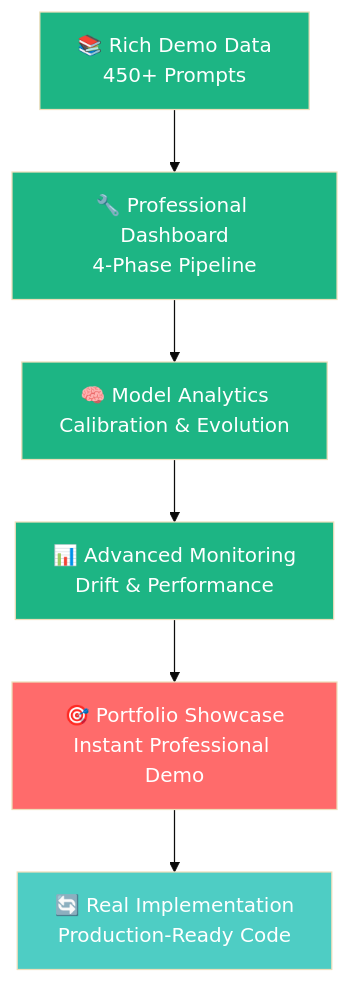
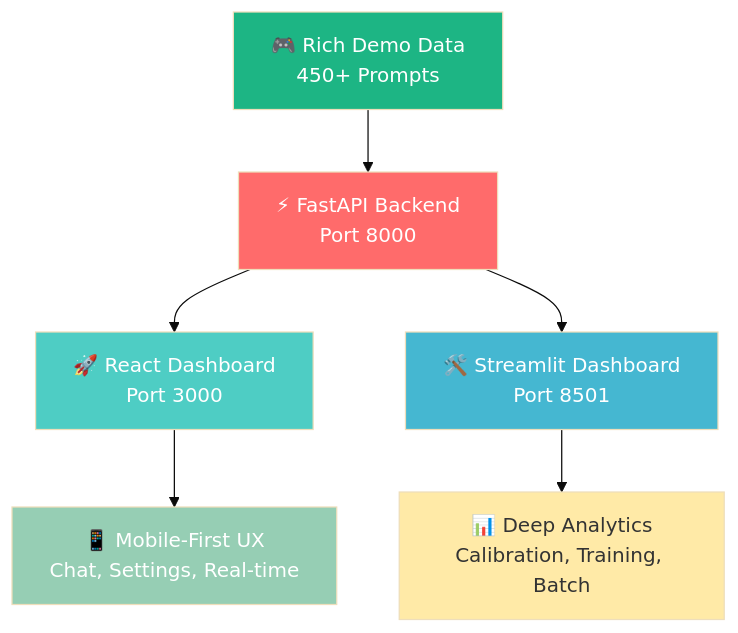
The diagram in README.md (Yousifus/rlhf_loop_humain), drawn with Mermaid (base theme) before and after one commit. The commit also changed other lines of this file and 167 other files, not shown here.

````diff
--- a/README.md
+++ b/README.md
@@ -137,15 +166,16 @@
 ```mermaid
 graph TD
-    A[📚 Rich Demo Data<br/>450+ Prompts] --> B[🔧 Professional Dashboard<br/>4-Phase Pipeline]
-    B --> C[🧠 Model Analytics<br/>Calibration & Evolution]
-    C --> D[📊 Advanced Monitoring<br/>Drift & Performance]
-    D --> E[🎯 Portfolio Showcase<br/>Instant Professional Demo]
-    E --> F[🔄 Real Implementation<br/>Production-Ready Code]
+    A[🎮 Rich Demo Data<br/>450+ Prompts] --> B[⚡ FastAPI Backend<br/>Port 8000]
+    B --> C[🚀 React Dashboard<br/>Port 3000]
+    B --> D[🛠️ Streamlit Dashboard<br/>Port 8501]
+    
+    C --> E[📱 Mobile-First UX<br/>Chat, Settings, Real-time]
+    D --> F[📊 Deep Analytics<br/>Calibration, Training, Batch]
     
     style A fill:#1DB584,color:#fff
-    style B fill:#1DB584,color:#fff
-    style C fill:#1DB584,color:#fff
-    style D fill:#1DB584,color:#fff
-    style E fill:#FF6B6B,color:#fff
-    style F fill:#4ECDC4,color:#fff
+    style B fill:#FF6B6B,color:#fff
+    style C fill:#4ECDC4,color:#fff
+    style D fill:#45B7D1,color:#fff
+    style E fill:#96CEB4,color:#fff
+    style F fill:#FFEAA7,color:#333
 ```
````
